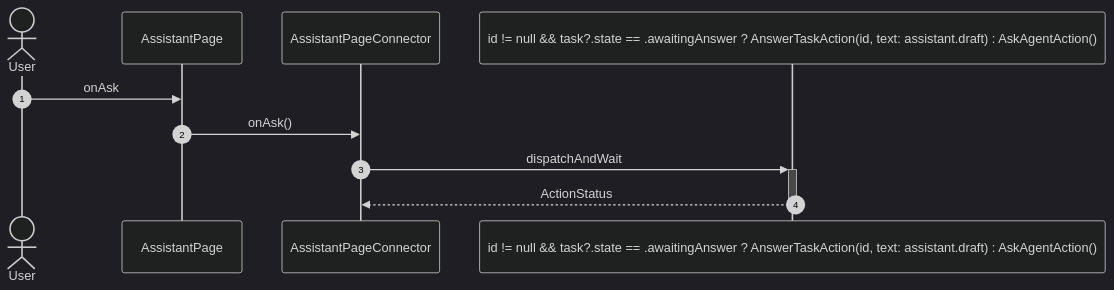
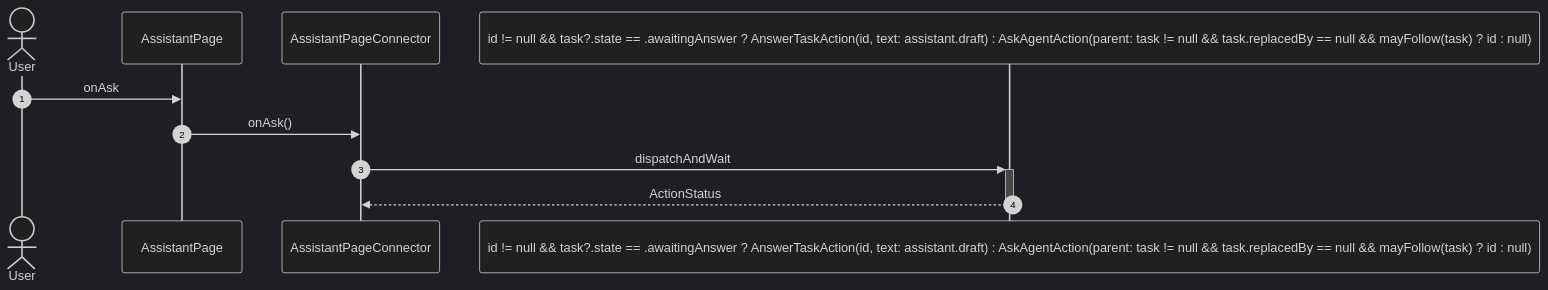
Before and after one commit to gencto/wyrm: diagram 14 of 17 in studio/docs/flows/assistant.md, drawn with Mermaid (dark theme). The commit also changed other lines of this file and 55 other files, not shown here.

````diff
--- a/studio/docs/flows/assistant.md
+++ b/studio/docs/flows/assistant.md
@@ -182,13 +278,13 @@
 ```mermaid
 sequenceDiagram
     autonumber
     actor User
     participant UI as AssistantPage
     participant VM as AssistantPageConnector
-    participant A1 as id != null && task?.state == .awaitingAnswer ? AnswerTaskAction(id, text: assistant.draft) : AskAgentAction()
+    participant A1 as id != null && task?.state == .awaitingAnswer ? AnswerTaskAction(id, text: assistant.draft) : AskAgentAction(parent: task != null && task.replacedBy == null && mayFollow(task) ? id : null)
 
     User->>UI: onAsk
     UI->>VM: onAsk()
     VM->>+A1: dispatchAndWait
     A1-->>-VM: ActionStatus
 ```
````
